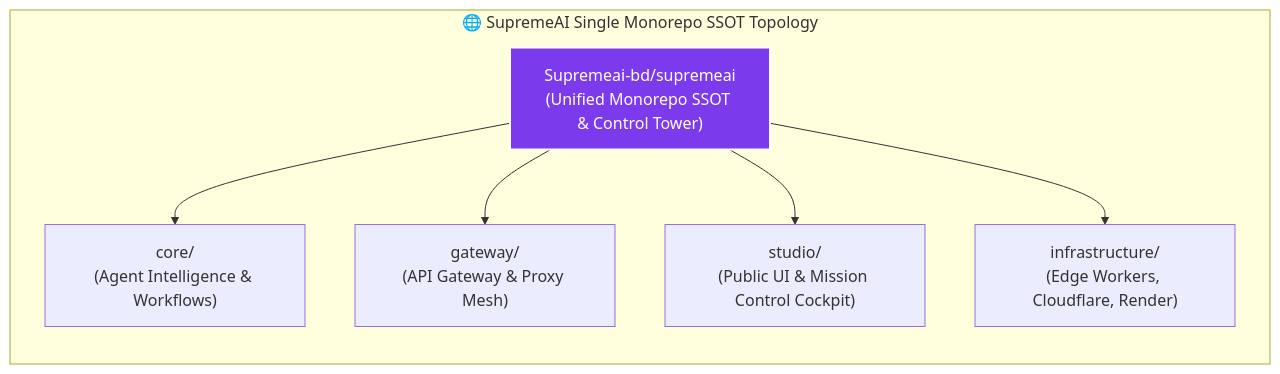
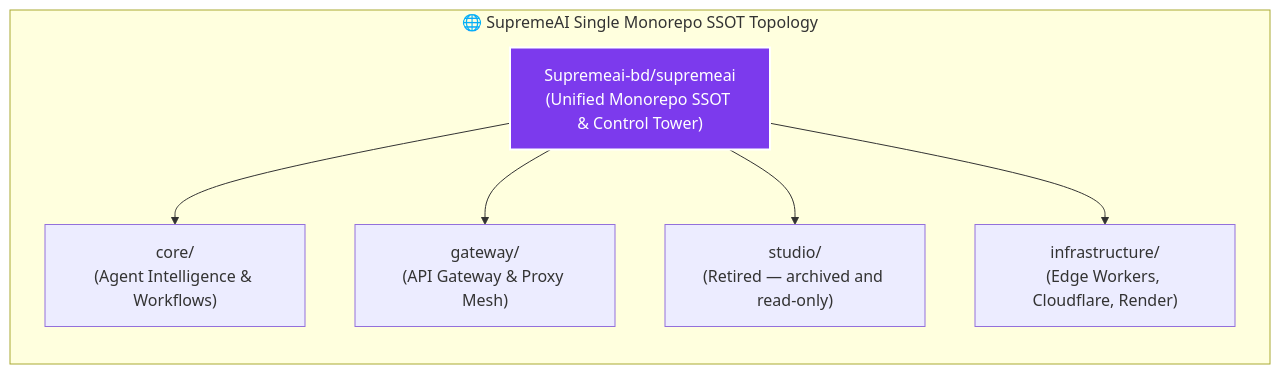
One commit to Supremeai-bd/supremeai changed the first of 4 diagrams in README.md. Above: the diagram before and after it, drawn with Mermaid. The commit also changed other lines of this file and 71 other files, not shown here.

````diff
--- a/README.md
+++ b/README.md
@@ -28,25 +28,25 @@
 ```mermaid
 flowchart TD
     subgraph FEDERATION_UNIVERSE ["🌐 SupremeAI Single Monorepo SSOT Topology"]
         direction TB
         MONO["Supremeai-bd/supremeai<br>(Unified Monorepo SSOT & Control Tower)"]
         CORE["core/<br>(Agent Intelligence & Workflows)"]
         GATEWAY["gateway/<br>(API Gateway & Proxy Mesh)"]
-        STUDIO["studio/<br>(Public UI & Mission Control Cockpit)"]
+        STUDIO["studio/<br>(Retired — archived and read-only)"]
         INFRA["infrastructure/<br>(Edge Workers, Cloudflare, Render)"]
         
         MONO --> CORE
         MONO --> GATEWAY
         MONO --> STUDIO
         MONO --> INFRA
     end
 
     classDef open fill:#1d76db,stroke:#fff,stroke-width:2px,color:#fff;
     classDef sats fill:#059669,stroke:#fff,stroke-width:2px,color:#fff;
     classDef mono fill:#7c3aed,stroke:#fff,stroke-width:2px,color:#fff;
     classDef archive fill:#475569,stroke:#fff,stroke-width:1px,color:#fff;
     class OPEN open;
     class S_STUDIO,S_API,S_CORE,S_BROWSER,S_VSCODE sats;
     class MONO mono;
     class ARCHIVE archive;
 ```
````
